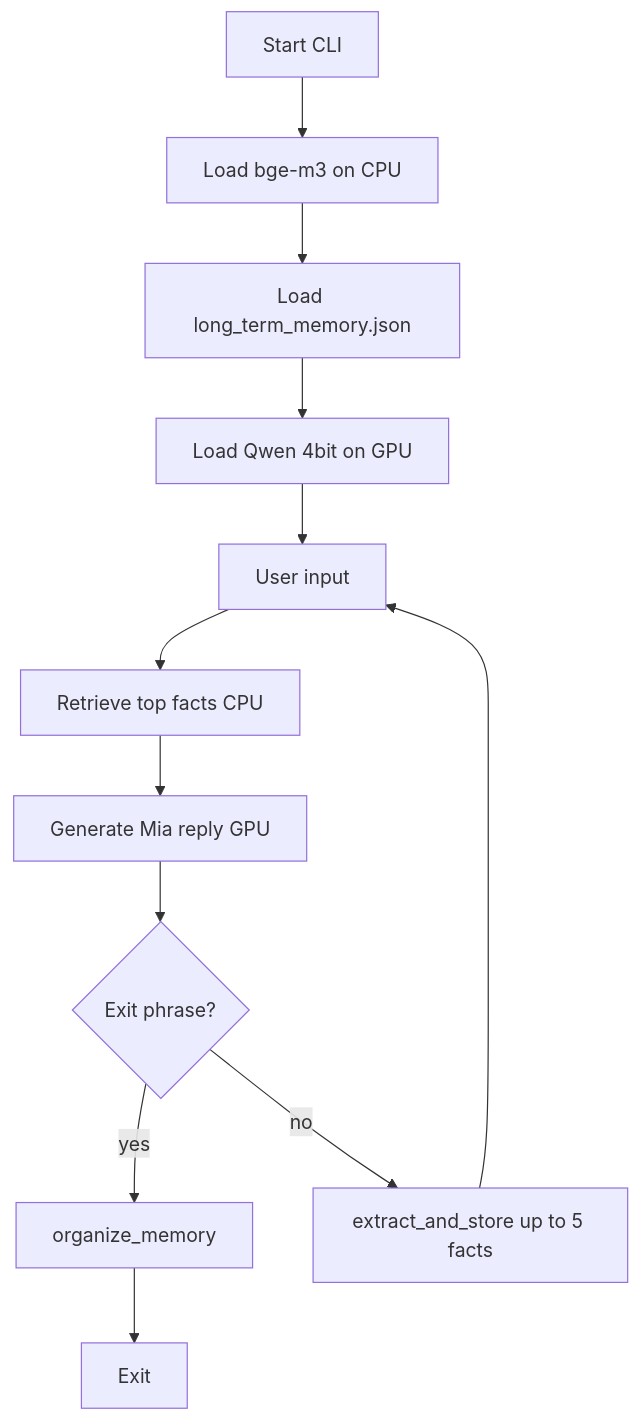
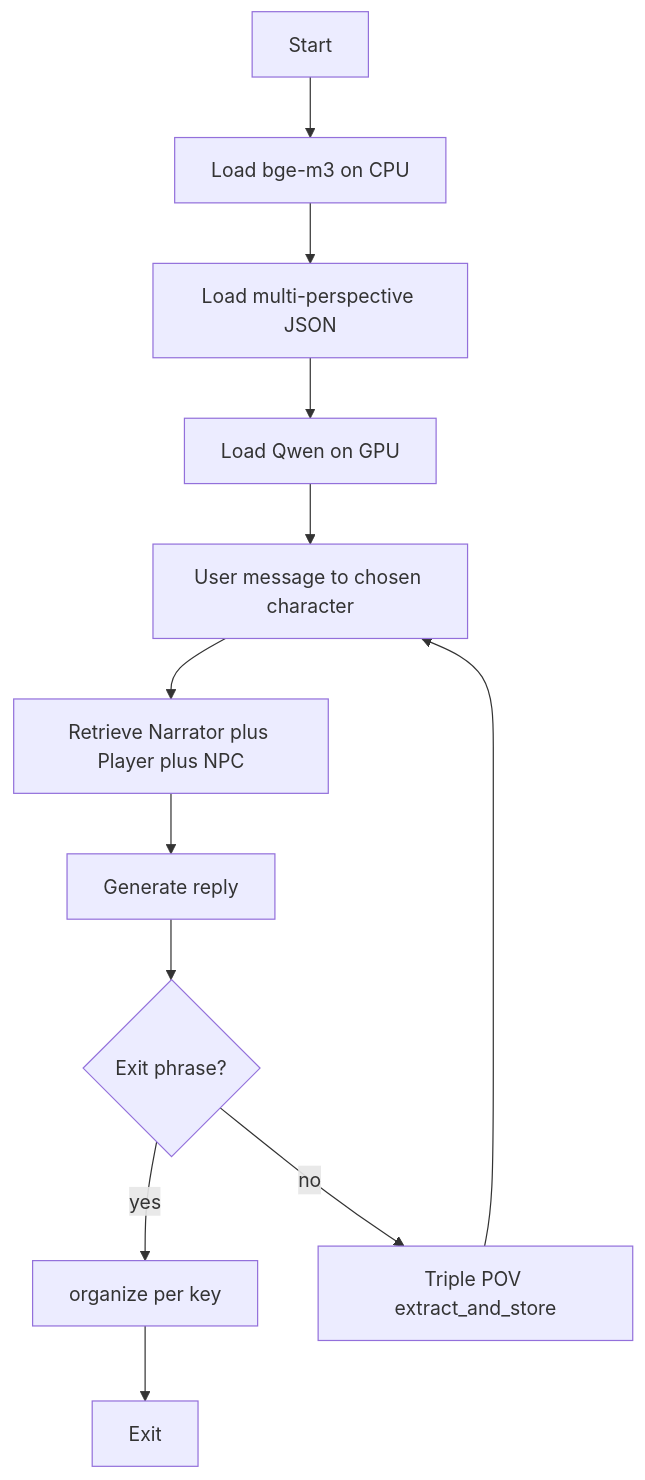
One commit to william06-23/good_night_AI changed the diagram in AGENT_CONTEXT.md. Above: the diagram before and after it, drawn with Mermaid. The commit also changed other lines of this file and 9 other files, not shown here.

Commit message:
Add multi-perspective memory (Narrator, Player, NPC).

````diff
--- a/AGENT_CONTEXT.md
+++ b/AGENT_CONTEXT.md
@@ -139,14 +118,14 @@
 ```mermaid
 flowchart TD
-  start[Start CLI] --> loadEmbed[Load bge-m3 on CPU]
-  loadEmbed --> loadJSON[Load long_term_memory.json]
-  loadJSON --> loadQwen[Load Qwen 4bit on GPU]
-  loadQwen --> loop[User input]
-  loop --> recall[Retrieve top facts CPU]
-  recall --> gen[Generate Mia reply GPU]
+  start[Start] --> loadEmbed[Load bge-m3 on CPU]
+  loadEmbed --> loadJSON[Load multi-perspective JSON]
+  loadJSON --> loadQwen[Load Qwen on GPU]
+  loadQwen --> loop[User message to chosen character]
+  loop --> recall[Retrieve Narrator plus Player plus NPC]
+  recall --> gen[Generate reply]
   gen --> exitCheck{Exit phrase?}
-  exitCheck -->|yes| organize[organize_memory]
+  exitCheck -->|yes| organize[organize per key]
   organize --> endNode[Exit]
-  exitCheck -->|no| extract[extract_and_store up to 5 facts]
+  exitCheck -->|no| extract[Triple POV extract_and_store]
   extract --> loop
 ```
````
